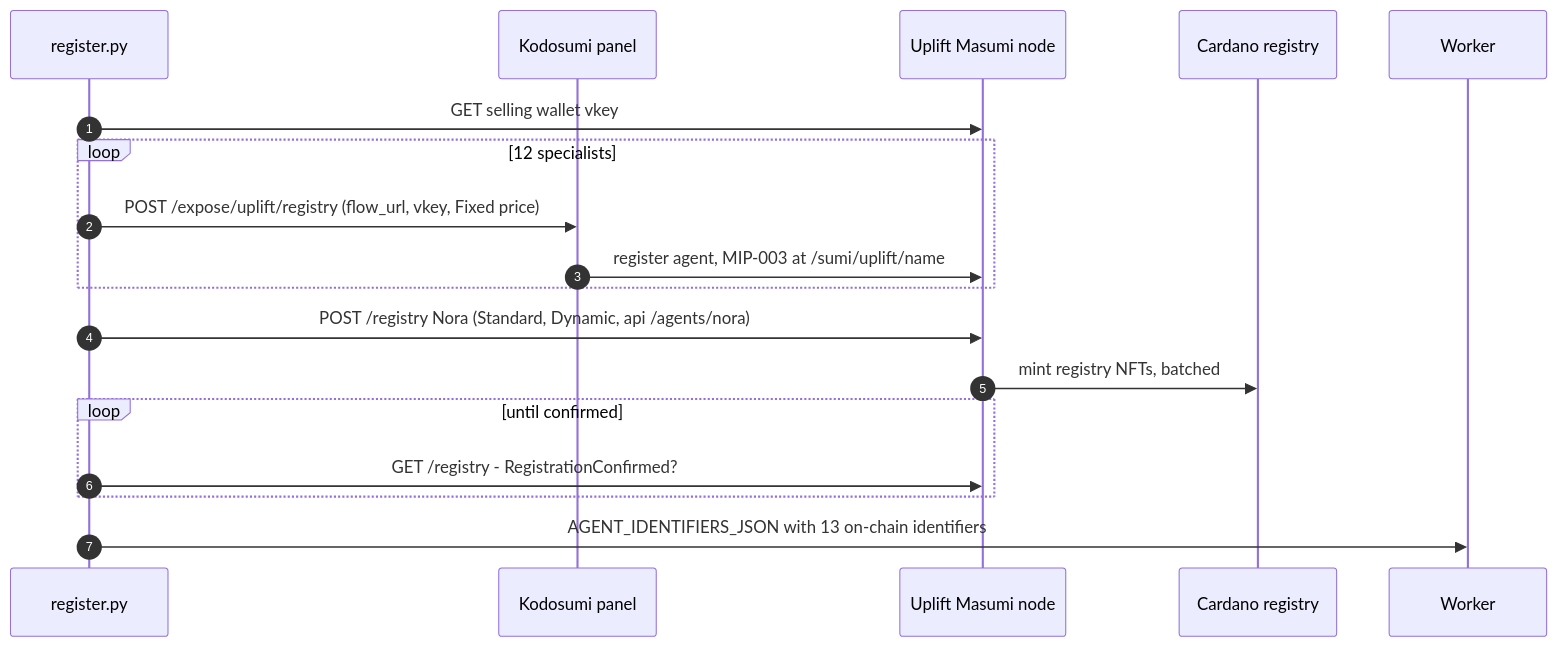
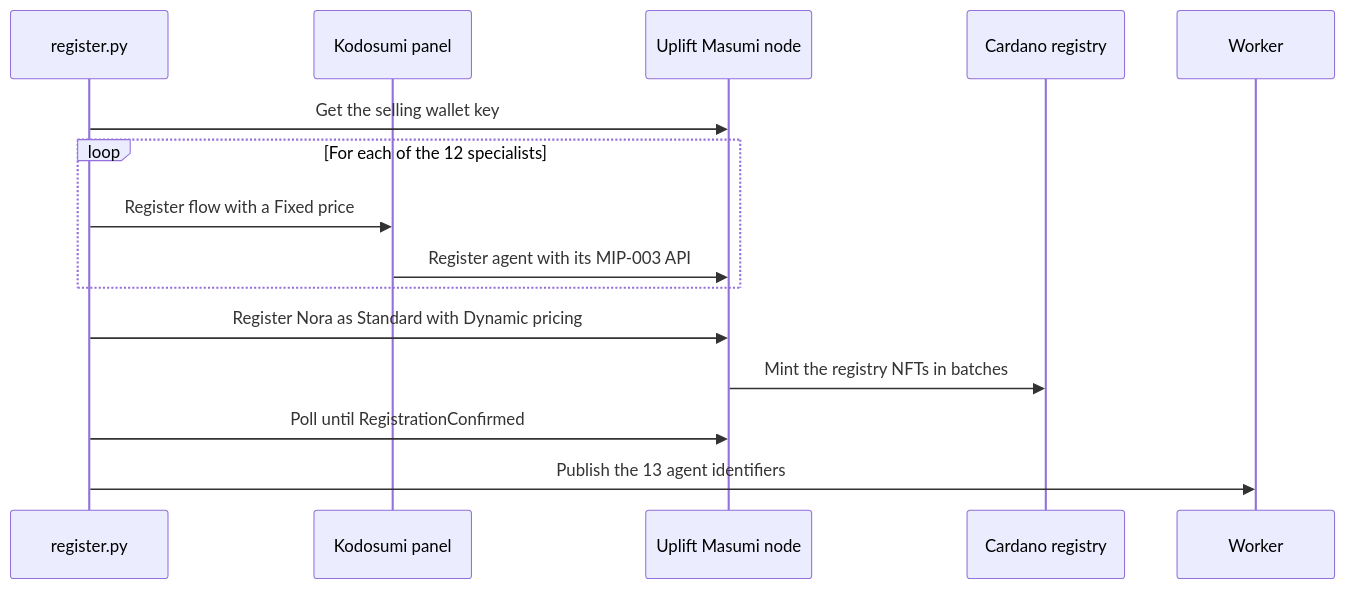
Diagram 11 of 15 in README.md (Marshal-AM/Uplift), drawn with Mermaid before and after one commit. The commit also changed other lines of this file, not shown here.

First line of the commit message:
README: Uplift on Cardano, Shopify and Google Ads, with on-chain proof

````diff
--- a/README.md
+++ b/README.md
@@ -1347,20 +1224,17 @@
 ```mermaid
 sequenceDiagram
-  autonumber
   participant R as register.py
   participant K as Kodosumi panel
   participant P as Uplift Masumi node
   participant C as Cardano registry
   participant W as Worker
-  R->>P: GET selling wallet vkey
-  loop 12 specialists
-    R->>K: POST /expose/uplift/registry (flow_url, vkey, Fixed price)
-    K->>P: register agent, MIP-003 at /sumi/uplift/name
+  R->>P: Get the selling wallet key
+  loop For each of the 12 specialists
+    R->>K: Register flow with a Fixed price
+    K->>P: Register agent with its MIP-003 API
   end
-  R->>P: POST /registry Nora (Standard, Dynamic, api /agents/nora)
-  P->>C: mint registry NFTs, batched
-  loop until confirmed
-    R->>P: GET /registry - RegistrationConfirmed?
-  end
-  R->>W: AGENT_IDENTIFIERS_JSON with 13 on-chain identifiers
+  R->>P: Register Nora as Standard with Dynamic pricing
+  P->>C: Mint the registry NFTs in batches
+  R->>P: Poll until RegistrationConfirmed
+  R->>W: Publish the 13 agent identifiers
 ```
````
